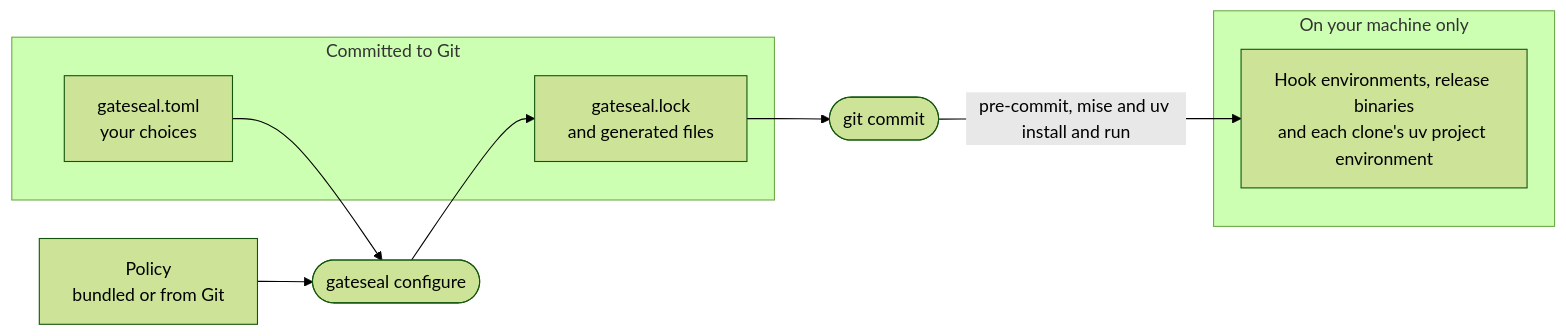
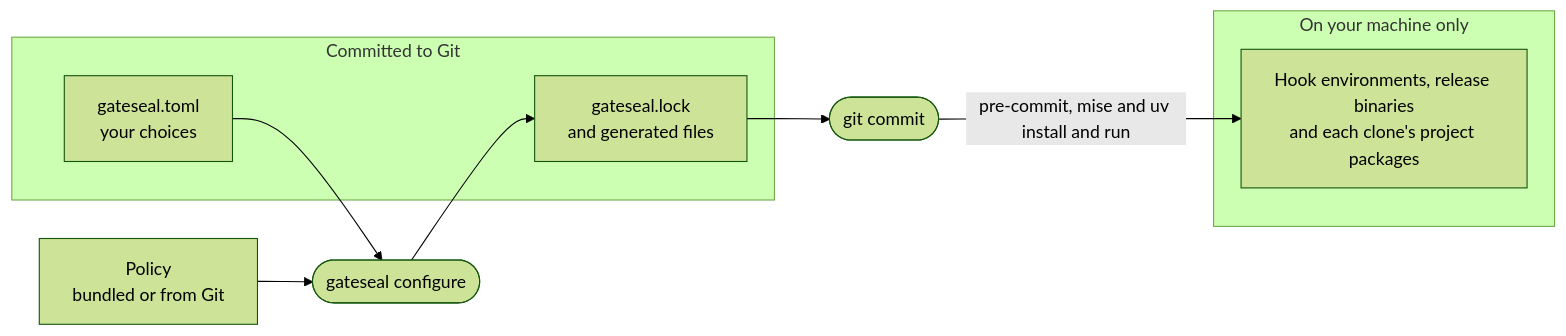
One commit to karstenevers/gateseal changed the first of 2 diagrams in docs/architecture.md. Above: the diagram before and after it, drawn with Mermaid (forest theme). The commit also changed other lines of this file and 52 other files, not shown here.

````diff
--- a/docs/architecture.md
+++ b/docs/architecture.md
@@ -13,18 +13,18 @@
 ```mermaid
 flowchart LR
     accTitle: What gateseal keeps in Git and on your machine
-    accDescr: gateseal configure turns gateseal.toml and a policy into gateseal.lock and generated files, which you commit. Each commit runs the hooks that the generated files pin. pre-commit and mise install them once per machine, and uv installs a project tool's packages in each clone.
+    accDescr: gateseal configure turns gateseal.toml and a policy into gateseal.lock and generated files, which you commit. Each commit runs the hooks that the generated files pin. pre-commit and mise install them once per machine. uv, npm or pnpm installs a project tool's packages in each clone.
     policy["Policy<br/>bundled or from Git"]
     subgraph git["Committed to Git"]
         manifest["gateseal.toml<br/>your choices"]
         lock["gateseal.lock<br/>and generated files"]
     end
     subgraph machine["On your machine only"]
-        tools["Hook environments, release binaries<br/>and each clone's uv project environment"]
+        tools["Hook environments, release binaries<br/>and each clone's project packages"]
     end
     policy --> configure(["gateseal configure"])
     manifest --> configure
     configure --> lock
     lock --> commit(["git commit"])
     commit -- "pre-commit, mise and uv install and run" --> tools
 ```
````
